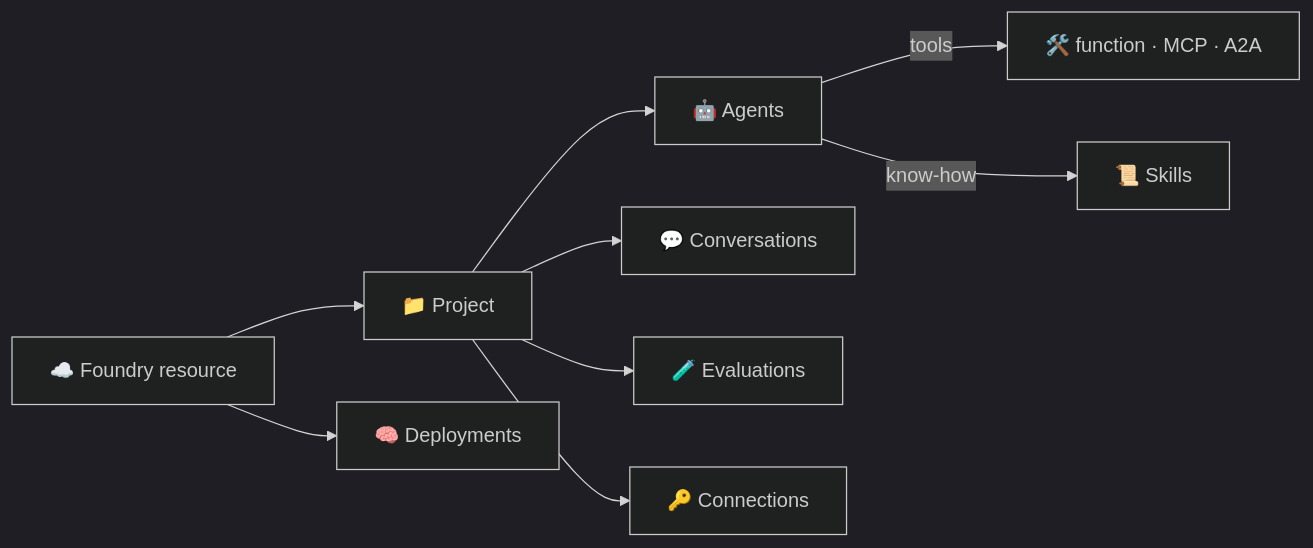
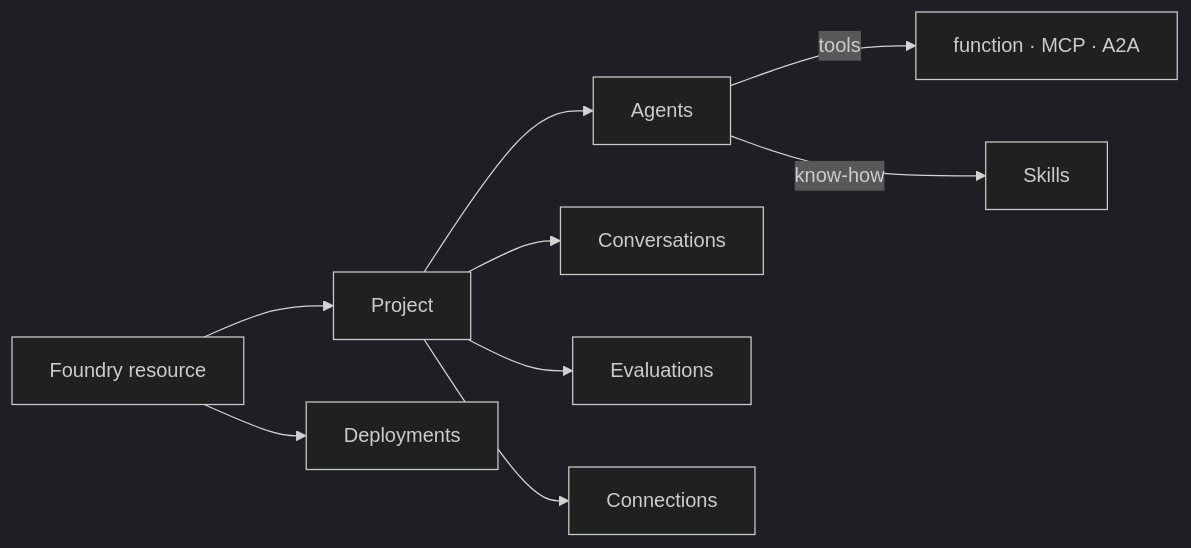
The diagram in docs/glossary.md (nampacx/MS-Foundry-from-0-to-hero), drawn with Mermaid (dark theme) before and after one commit. The commit also changed other lines of this file and 37 other files, not shown here.

````diff
--- a/docs/glossary.md
+++ b/docs/glossary.md
@@ -14,11 +14,11 @@
 ```mermaid
 flowchart LR
-  R[☁️ Foundry resource] --> P[📁 Project]
-  R --> D[🧠 Deployments]
-  P --> A[🤖 Agents]
-  P --> C[💬 Conversations]
-  P --> E[🧪 Evaluations]
-  P --> K[🔑 Connections]
-  A -->|tools| T[🛠️ function · MCP · A2A]
-  A -->|know-how| S[📜 Skills]
+  R[Foundry resource] --> P[Project]
+  R --> D[Deployments]
+  P --> A[Agents]
+  P --> C[Conversations]
+  P --> E[Evaluations]
+  P --> K[Connections]
+  A -->|tools| T[function · MCP · A2A]
+  A -->|know-how| S[Skills]
 ```
````
